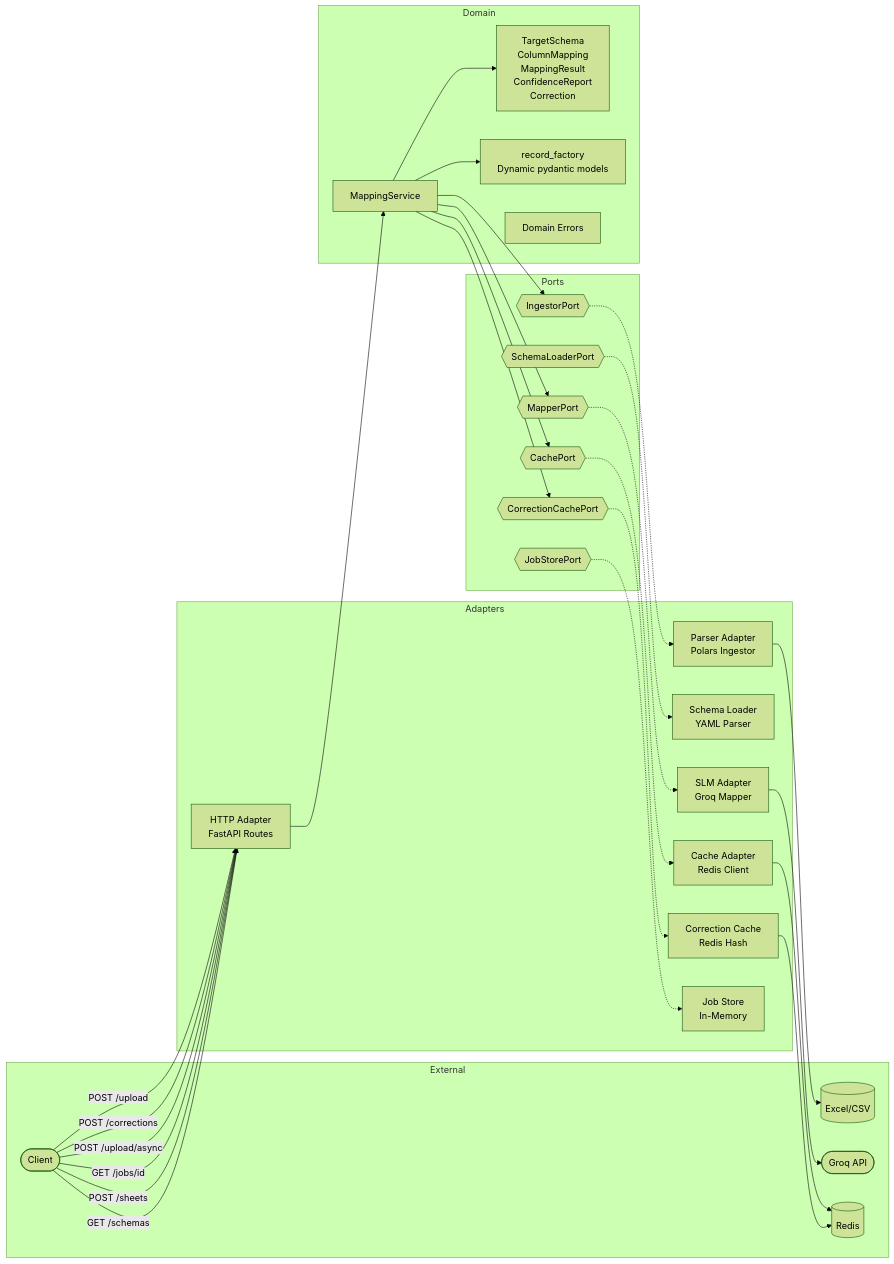
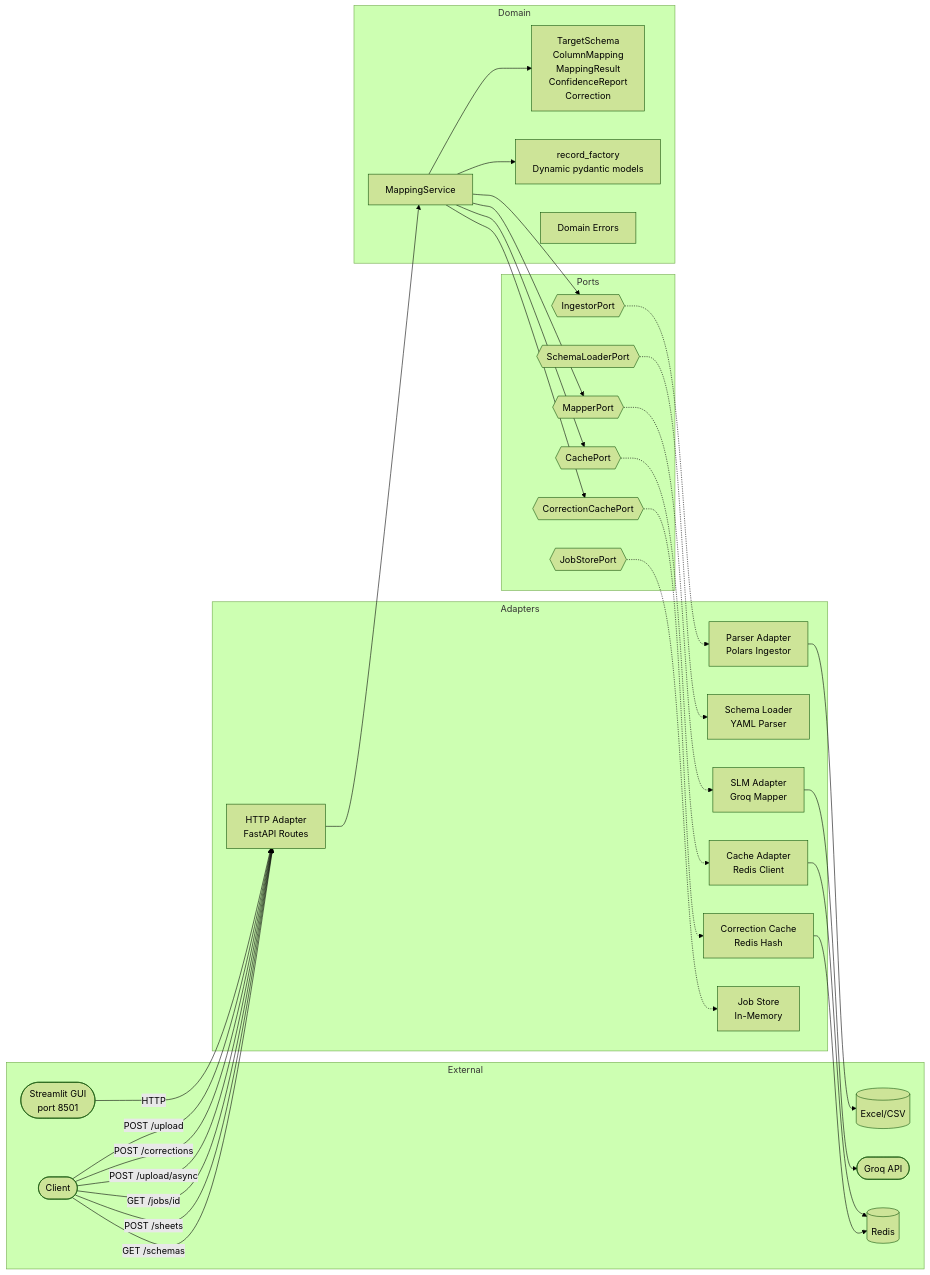
Before and after one commit to ricjhill/riskflow: the diagram in README.md, drawn with Mermaid (forest theme). The commit also changed 3 other files, not shown here.

````diff
--- a/README.md
+++ b/README.md
@@ -62,59 +62,61 @@
 ```mermaid
 graph LR
     subgraph External
         Client([Client])
+        GUI([Streamlit GUI<br>port 8501])
         Excel[(Excel/CSV)]
         Groq([Groq API])
         Redis[(Redis)]
     end
 
     subgraph Adapters
         HTTP[HTTP Adapter<br>FastAPI Routes]
         Parser[Parser Adapter<br>Polars Ingestor]
         SchemaLoader[Schema Loader<br>YAML Parser]
         SLM[SLM Adapter<br>Groq Mapper]
         Cache[Cache Adapter<br>Redis Client]
         CorrCache[Correction Cache<br>Redis Hash]
         JobStore[Job Store<br>In-Memory]
     end
 
     subgraph Ports
         IngestorPort{{IngestorPort}}
         MapperPort{{MapperPort}}
         CachePort{{CachePort}}
         CorrectionCachePort{{CorrectionCachePort}}
         JobStorePort{{JobStorePort}}
         SchemaLoaderPort{{SchemaLoaderPort}}
     end
 
     subgraph Domain
         Service[MappingService]
         Models[TargetSchema<br>ColumnMapping<br>MappingResult<br>ConfidenceReport<br>Correction]
         RecordFactory[record_factory<br>Dynamic pydantic models]
         Errors[Domain Errors]
     end
 
+    GUI -->|HTTP| HTTP
     Client -->|POST /upload| HTTP
     Client -->|POST /corrections| HTTP
     Client -->|POST /upload/async| HTTP
     Client -->|GET /jobs/id| HTTP
     Client -->|POST /sheets| HTTP
     Client -->|GET /schemas| HTTP
     HTTP --> Service
     Service --> IngestorPort
     Service --> MapperPort
     Service --> CachePort
     Service --> CorrectionCachePort
     Service --> RecordFactory
     Service --> Models
     IngestorPort -.-> Parser
     MapperPort -.-> SLM
     CachePort -.-> Cache
     CorrectionCachePort -.-> CorrCache
     JobStorePort -.-> JobStore
     SchemaLoaderPort -.-> SchemaLoader
     Parser --> Excel
     SLM --> Groq
     Cache --> Redis
     CorrCache --> Redis
 ```
````
